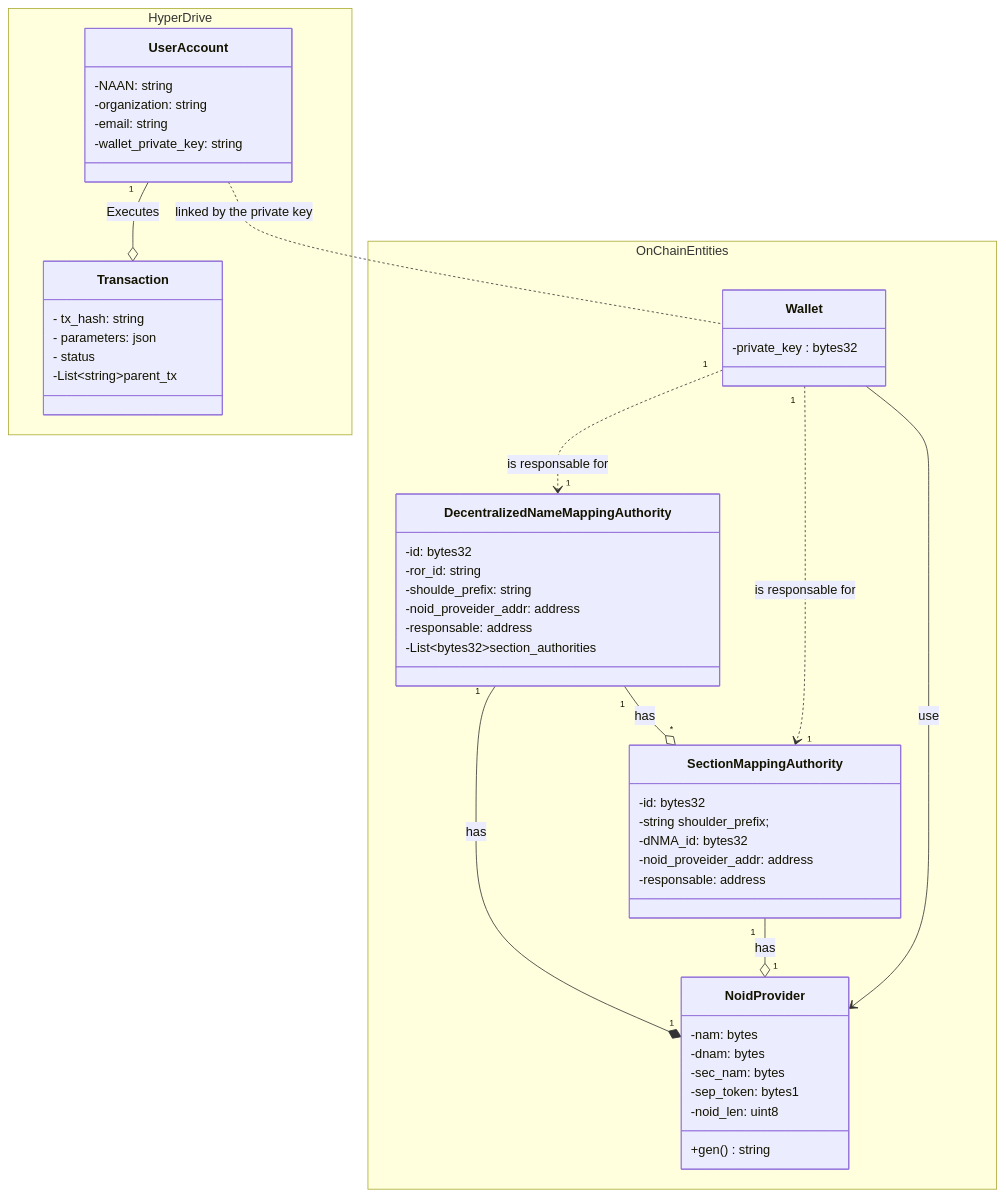
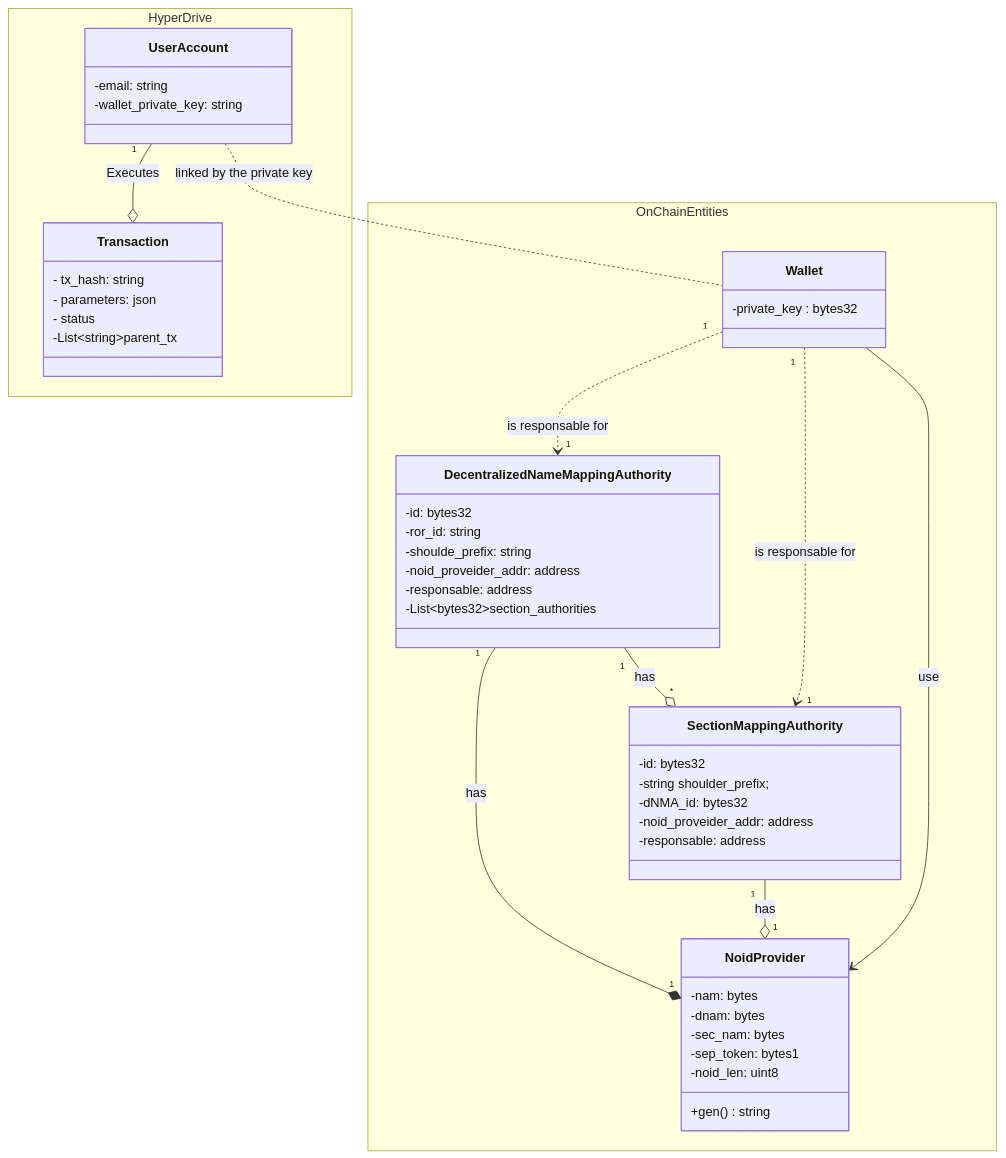
The diagram in docs/diagrams/entities_on_and_off_chain.mmd (dark-pid/hyperdrive), drawn with Mermaid before and after one commit.

Commit message:
Update entities_on_and_off_chain.mmd
simplified offchain entiies

```diff
--- a/docs/diagrams/entities_on_and_off_chain.mmd
+++ b/docs/diagrams/entities_on_and_off_chain.mmd
@@ -1,71 +1,69 @@
 classDiagram
 
 namespace HyperDrive {
 
     class UserAccount{
         %%  Name Assigning Authority Number
-        -NAAN: string
-        -organization: string
         -email: string
         -wallet_private_key: string
     }
 
     class Transaction {
         - tx_hash: string
         - parameters: json
         - status
         -List~string~parent_tx
     }
 }
 
 namespace OnChainEntities {
 
     class Wallet{
         -private_key : bytes32
     }
     
     class NoidProvider{
         -nam: bytes
         -dnam: bytes
         -sec_nam: bytes
         -sep_token: bytes1
         -noid_len: uint8
 
         +gen() string
     }
 
     class DecentralizedNameMappingAuthority{
         -id: bytes32
         -ror_id: string
         -shoulde_prefix: string
         -noid_proveider_addr: address
         -responsable: address
         -List~bytes32~section_authorities
     }
 
     class SectionMappingAuthority {
         -id: bytes32
         -string shoulder_prefix;
         -dNMA_id: bytes32
         -noid_proveider_addr: address
         -responsable: address
     }
     
 }
 
 %% inter relation
 %% Organizaration ..|> SectionMappingAuthority  : related to
 %% Organizaration ..|> DecentralizedNameMappingAuthority : related to
 UserAccount .. Wallet : linked by the private key
 
 %% ddd
 %% Organizaration "1" --* "*" User: has
 UserAccount "1" --o Transaction: Executes
 
 %% onchain relation
 SectionMappingAuthority "1" --o "1" NoidProvider: has
 DecentralizedNameMappingAuthority "1" --o "*" SectionMappingAuthority: has
 DecentralizedNameMappingAuthority "1" --* "1" NoidProvider: has
 Wallet --> NoidProvider: use
 Wallet "1" ..> "1" SectionMappingAuthority: is responsable for
 Wallet "1" ..> "1" DecentralizedNameMappingAuthority: is responsable for
```
